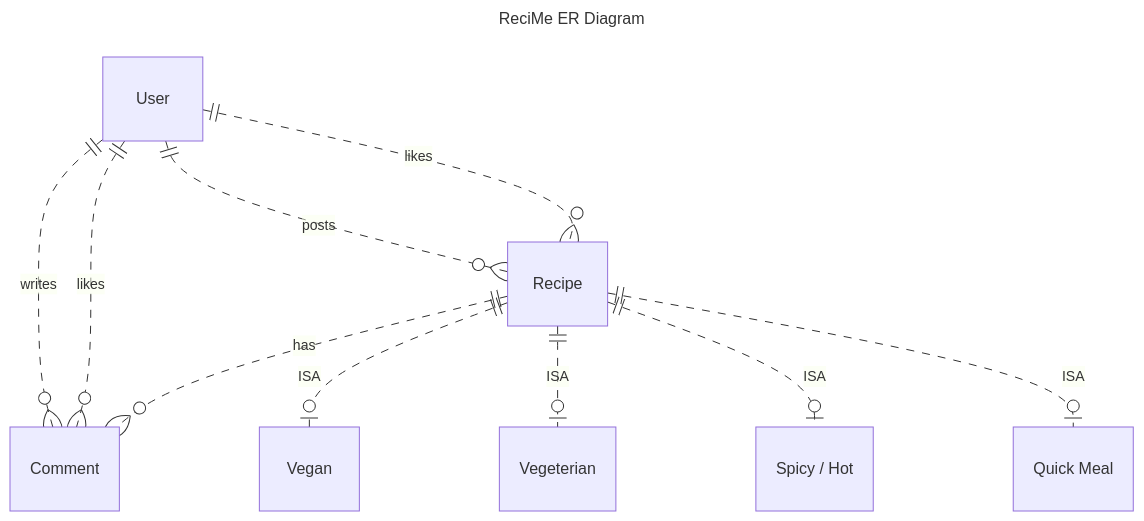
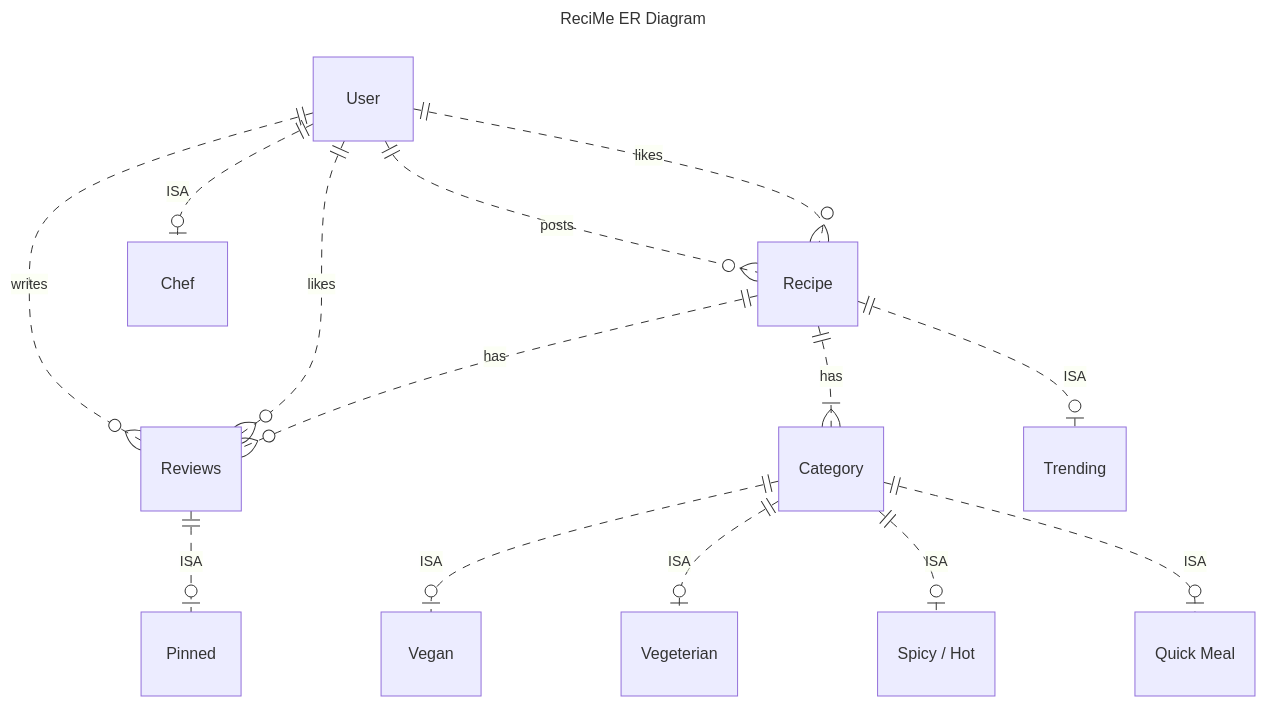
Before and after one commit to RECI-ME/reciMe: the diagram in misc/er_diagram.mermaid, drawn with Mermaid.

Commit message:
misc: more ISA hierarchies

```diff
--- a/misc/er_diagram.mermaid
+++ b/misc/er_diagram.mermaid
@@ -1,13 +1,17 @@
 ---
 title: ReciMe ER Diagram
 ---
 erDiagram
     User ||..o{ Recipe :posts
+    User ||..o| Chef :ISA
     User ||..o{ Recipe :likes
-    User ||..o{ Comment :writes
-    User ||..o{ Comment :likes
-    Recipe ||..o{ Comment :has
-    Recipe ||..o| Vegan :ISA
-    Recipe ||..o| Vegeterian :ISA
-    Recipe ||..o| "Spicy / Hot" :ISA    
-    Recipe ||..o| "Quick Meal" :ISA    
+    User ||..o{ Reviews :writes
+    User ||..o{ Reviews :likes
+    Recipe ||..o{ Reviews :has
+    Recipe ||..|{ Category :has
+    Recipe ||..o| Trending :ISA
+    Category ||..o| Vegan :ISA
+    Category ||..o| Vegeterian :ISA
+    Category ||..o| "Spicy / Hot" :ISA    
+    Category ||..o| "Quick Meal" :ISA   
+    Reviews ||..o| Pinned :ISA 
```
